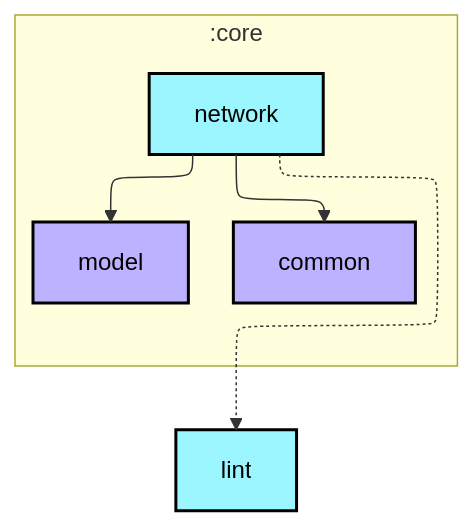
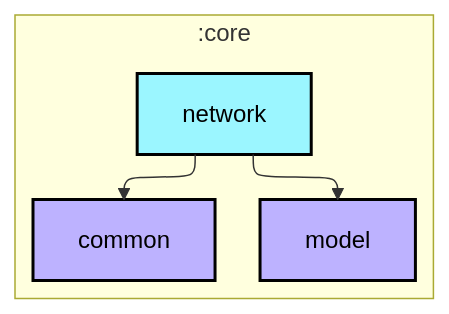
The first of 2 diagrams in core/network/README.md (android/nowinandroid), drawn with Mermaid before and after one commit. The commit also changed 30 other files, not shown here.

````diff
--- a/core/network/README.md
+++ b/core/network/README.md
@@ -6,27 +6,25 @@
 ```mermaid
 ---
 config:
   layout: elk
   elk:
     nodePlacementStrategy: SIMPLE
 ---
 graph TB
   subgraph :core
     direction TB
     :core:common[common]:::jvm-library
     :core:model[model]:::jvm-library
     :core:network[network]:::android-library
   end
-  :lint[lint]:::android-library
 
   :core:network --> :core:common
   :core:network --> :core:model
-  :core:network -.-> :lint
 
 classDef android-application fill:#CAFFBF,stroke:#000,stroke-width:2px,color:#000;
 classDef android-feature fill:#FFD6A5,stroke:#000,stroke-width:2px,color:#000;
 classDef android-library fill:#9BF6FF,stroke:#000,stroke-width:2px,color:#000;
 classDef android-test fill:#A0C4FF,stroke:#000,stroke-width:2px,color:#000;
 classDef jvm-library fill:#BDB2FF,stroke:#000,stroke-width:2px,color:#000;
 classDef unknown fill:#FFADAD,stroke:#000,stroke-width:2px,color:#000;
 ```
````
